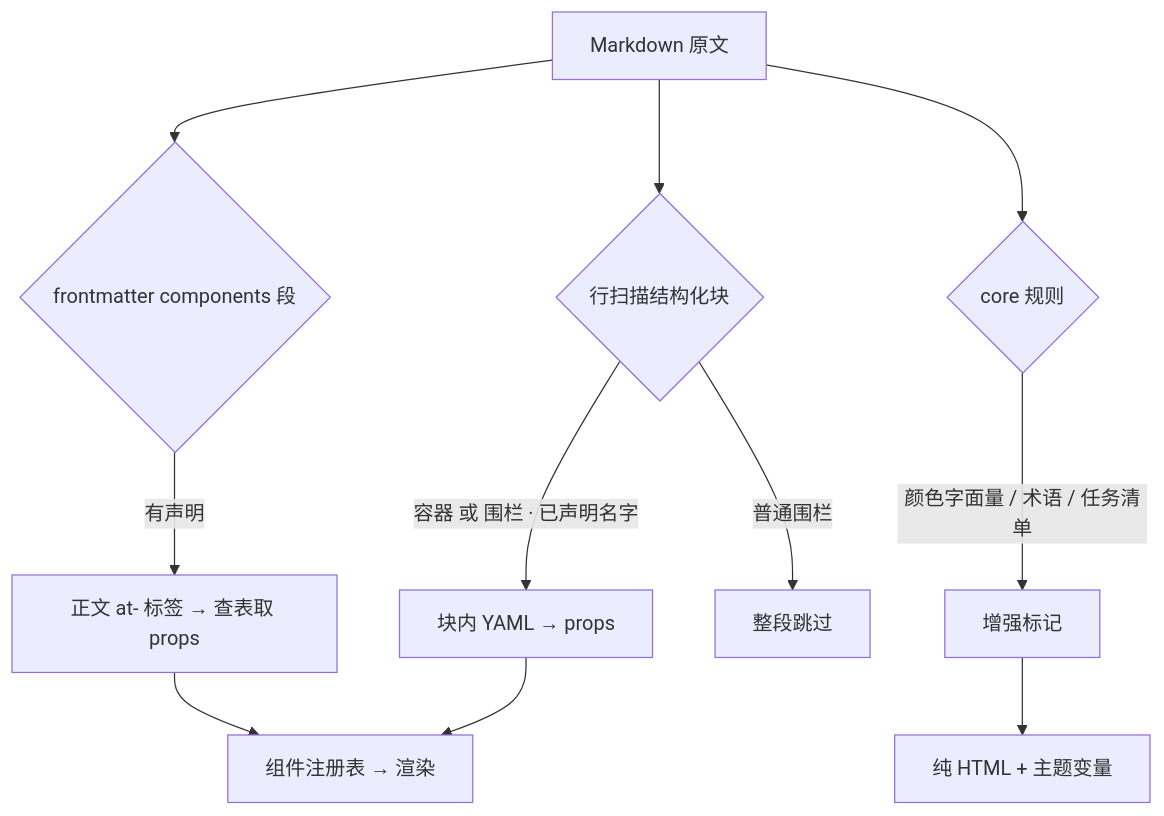
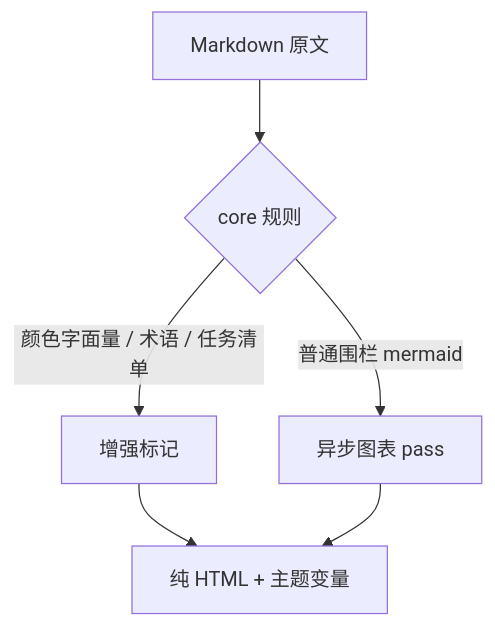
The diagram in docs/design/文档语法分层与渲染增强.md (OneFanki/docvi), drawn with Mermaid before and after one commit. The commit also changed other lines of this file and 337 other files, not shown here.

````diff
--- a/docs/design/文档语法分层与渲染增强.md
+++ b/docs/design/文档语法分层与渲染增强.md
@@ -86,13 +92,8 @@
 ```mermaid
 flowchart TD
-  A[Markdown 原文] --> B{frontmatter components 段}
-  B -->|有声明| C[正文 at- 标签 → 查表取 props]
-  A --> D{行扫描结构化块}
-  D -->|容器 或 围栏 · 已声明名字| E[块内 YAML → props]
-  D -->|普通围栏| F[整段跳过]
-  A --> G{core 规则}
+  A[Markdown 原文] --> G{core 规则}
   G -->|颜色字面量 / 术语 / 任务清单| H[增强标记]
-  C --> I[组件注册表 → 渲染]
-  E --> I
+  G -->|普通围栏 mermaid| M[异步图表 pass]
   H --> J[纯 HTML + 主题变量]
+  M --> J
 ```
````
